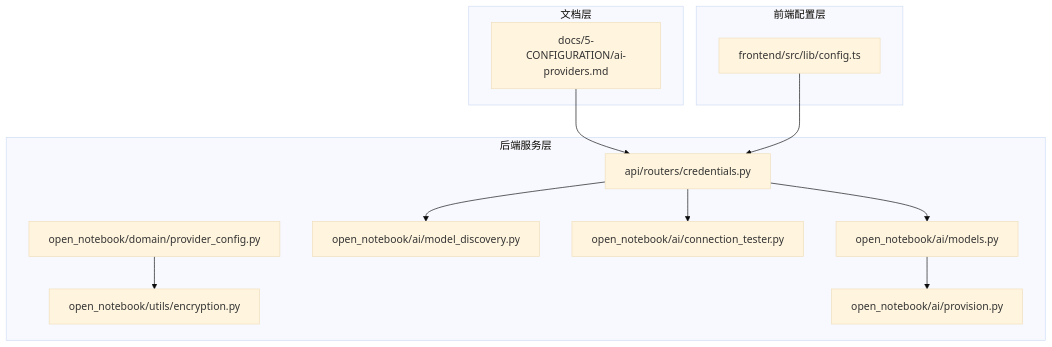
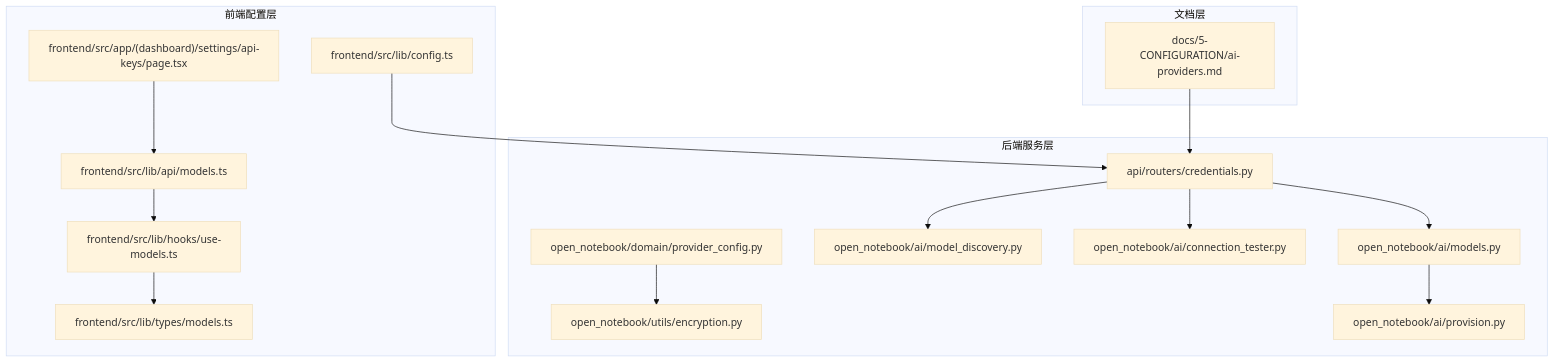
The first of 7 diagrams in .qoder/repowiki/zh/content/配置管理/AI提供商配置/云提供商配置.md (jackeyunjie/open-notebook), drawn with Mermaid (base theme) before and after one commit. The commit also changed other lines of this file and 89 other files, not shown here.

````diff
--- a/.qoder/repowiki/zh/content/配置管理/AI提供商配置/云提供商配置.md
+++ b/.qoder/repowiki/zh/content/配置管理/AI提供商配置/云提供商配置.md
@@ -38,25 +55,32 @@
 ```mermaid
 graph TB
 subgraph "文档层"
 D1["docs/5-CONFIGURATION/ai-providers.md"]
 end
 subgraph "后端服务层"
 S1["api/routers/credentials.py"]
 S2["open_notebook/ai/models.py"]
 S3["open_notebook/ai/model_discovery.py"]
 S4["open_notebook/ai/connection_tester.py"]
 S5["open_notebook/domain/provider_config.py"]
 S6["open_notebook/utils/encryption.py"]
 S7["open_notebook/ai/provision.py"]
 end
 subgraph "前端配置层"
 F1["frontend/src/lib/config.ts"]
+F2["frontend/src/app/(dashboard)/settings/api-keys/page.tsx"]
+F3["frontend/src/lib/api/models.ts"]
+F4["frontend/src/lib/hooks/use-models.ts"]
+F5["frontend/src/lib/types/models.ts"]
 end
 D1 --> S1
 S1 --> S2
 S1 --> S3
 S1 --> S4
 S2 --> S7
 S5 --> S6
 F1 --> S1
+F2 --> F3
+F3 --> F4
+F4 --> F5
 ```
````
